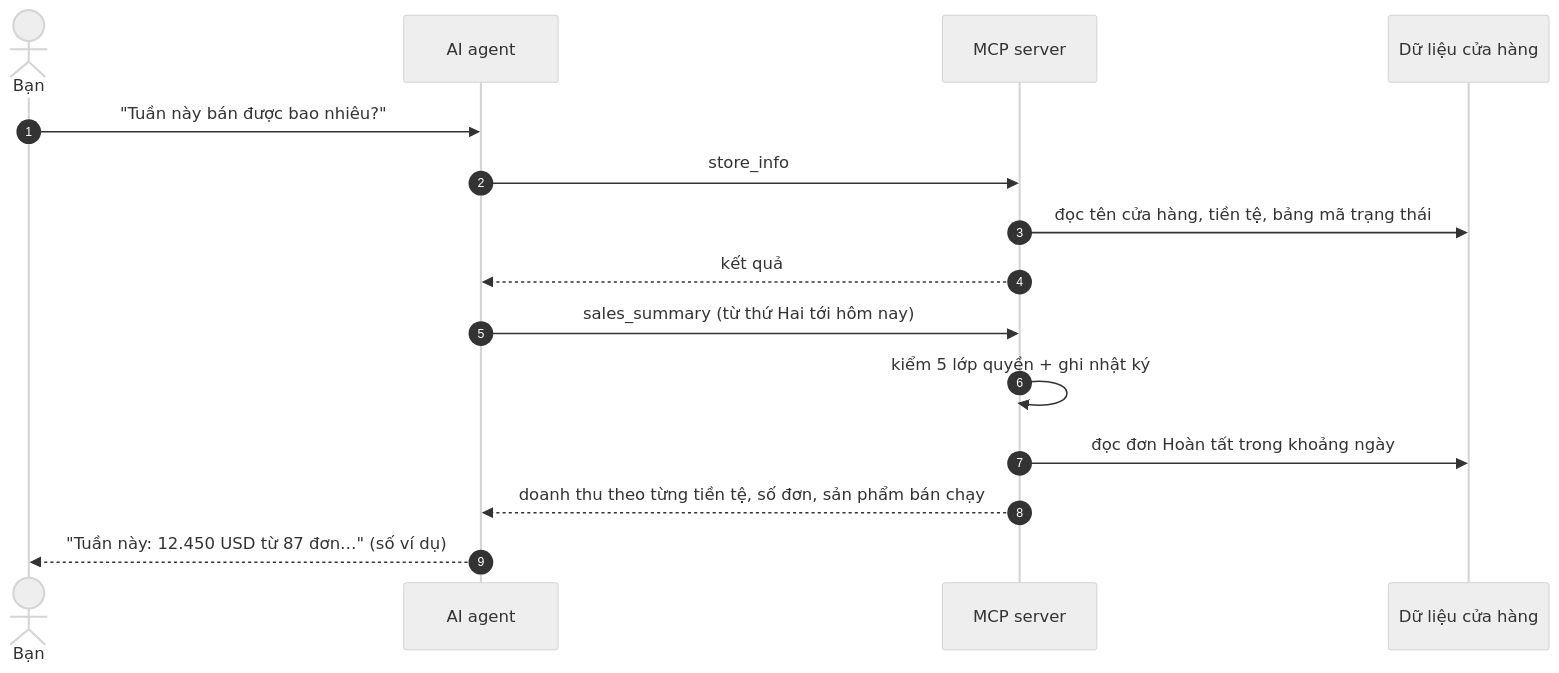
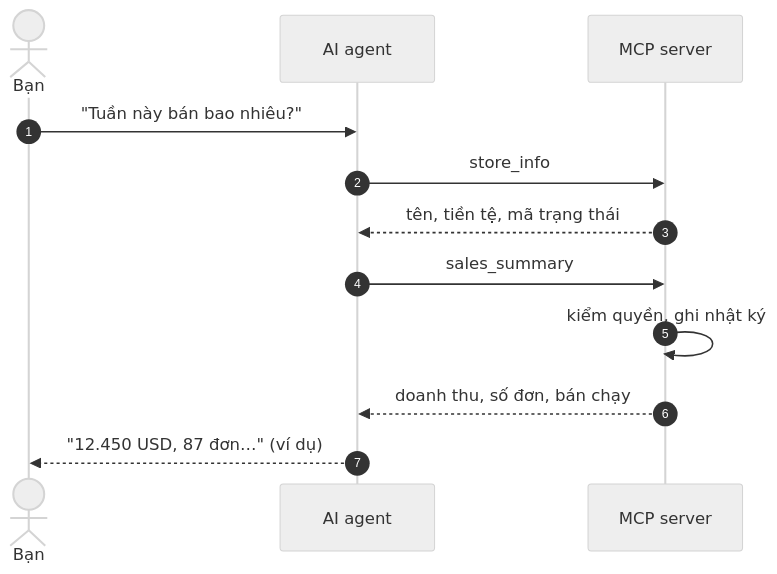
The second of 2 diagrams in mcp/mcp-introduction_vi.md (gp247net/gp247-docs), drawn with Mermaid (neutral theme) before and after one commit. The commit also changed other lines of this file and 44 other files, not shown here.

First line of the commit message:
docs: redraw oversized diagrams in security, API and MCP docs (vi/en/ja)

````diff
--- a/mcp/mcp-introduction_vi.md
+++ b/mcp/mcp-introduction_vi.md
@@ -97,17 +103,14 @@
 ```mermaid
 sequenceDiagram
     autonumber
     actor U as Bạn
     participant A as AI agent
     participant M as MCP server
-    participant S as Dữ liệu cửa hàng
-    U->>A: "Tuần này bán được bao nhiêu?"
+    U->>A: "Tuần này bán bao nhiêu?"
     A->>M: store_info
-    M->>S: đọc tên cửa hàng, tiền tệ, bảng mã trạng thái
-    M-->>A: kết quả
-    A->>M: sales_summary (từ thứ Hai tới hôm nay)
-    M->>M: kiểm 5 lớp quyền + ghi nhật ký
-    M->>S: đọc đơn Hoàn tất trong khoảng ngày
-    M-->>A: doanh thu theo từng tiền tệ, số đơn, sản phẩm bán chạy
-    A-->>U: "Tuần này: 12.450 USD từ 87 đơn…" (số ví dụ)
+    M-->>A: tên, tiền tệ, mã trạng thái
+    A->>M: sales_summary
+    M->>M: kiểm quyền, ghi nhật ký
+    M-->>A: doanh thu, số đơn, bán chạy
+    A-->>U: "12.450 USD, 87 đơn…" (ví dụ)
 ```
````
